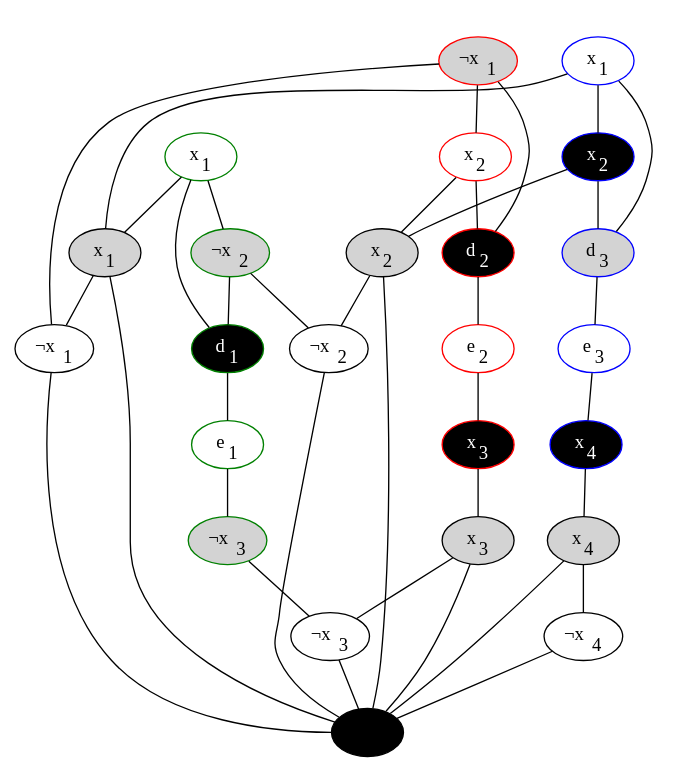
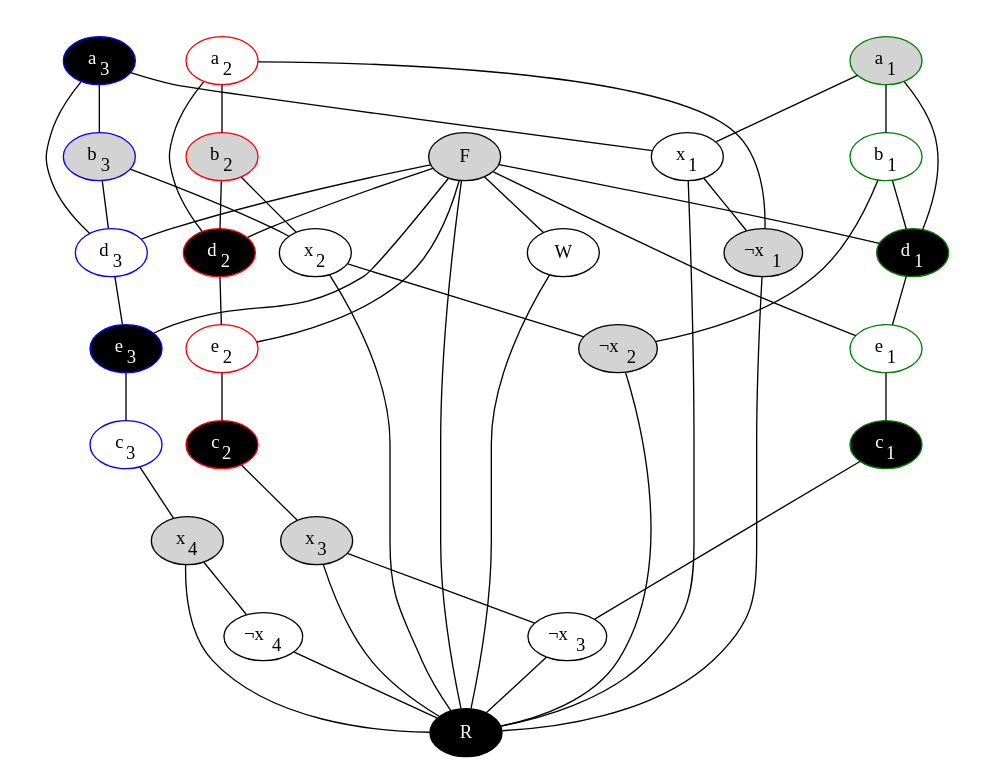
The diagram in img/3Sat_3Col_example.dot (Obererpel/Zusammenfassung-Kryptographie), drawn with Graphviz before and after one commit. The commit also changed 21 other files, not shown here.

Commit message:
graphen (hoffentlich) gefixt

```diff
--- a/img/3Sat_3Col_example.dot
+++ b/img/3Sat_3Col_example.dot
@@ -1,90 +1,102 @@
 graph G {
-	x1 [label=<x<SUB>1</SUB>>, fillcolor=lightgrey, style=filled]
-	nx1 [label=<&not;x<SUB>1</SUB>>]
+	x1 [label=<x<SUB>1</SUB>>]
+	nx1 [label=<&not;x<SUB>1</SUB>>, fillcolor=lightgrey, style=filled]
 	
-	x2 [label=<x<SUB>2</SUB>>, fillcolor=lightgrey, style=filled]
-	nx2 [label=<&not;x<SUB>2</SUB>>]
+	x2 [label=<x<SUB>2</SUB>>]
+	nx2 [label=<&not;x<SUB>2</SUB>>, fillcolor=lightgrey, style=filled]
 	
 	x3 [label=<x<SUB>3</SUB>>, fillcolor=lightgrey, style=filled]
 	nx3 [label=<&not;x<SUB>3</SUB>>]
 	
 	x4 [label=<x<SUB>4</SUB>>, fillcolor=lightgrey, style=filled]
 	nx4 [label=<&not;x<SUB>4</SUB>>]
 	
-	R [label=" ", fillcolor=black, style=filled]
+	R [label="R", fillcolor=black, style=filled, fontcolor=white]
+	F [label="F", fillcolor=lightgrey, style=filled]
+	W [label="W"]
 	
 	x1 -- nx1
 	x1 -- R
 	nx1 -- R
 	
 	x2 -- nx2
 	x2 -- R
 	nx2 -- R
 	
 	x3 -- nx3
 	x3 -- R
 	nx3 -- R
 	
 	x4 -- nx4
 	x4 -- R
 	nx4 -- R
+
+	F -- W
+	F -- R
+	W -- R
 	
 	
 	// KLAUSEL 1
 	node [color=green]
-	l11 [label=<x<SUB>1</SUB>>]
-	l12 [label=<&not;x<SUB>2</SUB>>, fillcolor=lightgrey, style=filled]
-	l13 [label=<&not;x<SUB>3</SUB>>, fillcolor=lightgrey, style=filled]
+	a1 [label=<a<SUB>1</SUB>>, fillcolor=lightgrey, style=filled]
+	b1 [label=<b<SUB>1</SUB>>]//, fillcolor=lightgrey, style=filled, fontcolor=white]
+	c1 [label=<c<SUB>1</SUB>>, fillcolor=black, fontcolor=white, style=filled]
 	d1 [label=<d<SUB>1</SUB>>, fillcolor=black, fontcolor=white, style=filled]
-	e1 [label=<e<SUB>1</SUB>>]
+	e1 [label=<e<SUB>1</SUB>>]//, fillcolor=black, fontcolor=white, style=filled]
 	
 	subgraph cluster_k_1 {
 		color=white
-		l11 -- l12 -- d1 -- l11
-		d1 -- e1 -- l13;
+		a1 -- b1 -- d1 -- a1
+		d1 -- e1 -- c1;
 		// label = <K<SUB>1</SUB>>;
 	}
 	
-	l11 -- x1
-	l12 -- nx2
-	l13 -- nx3
+	a1 -- x1
+	b1 -- nx2
+	c1 -- nx3
+	F -- d1
+	F -- e1
 	
 	
 	// KLAUSEL 2
 	node [color=red]
-	l21 [label=<&not;x<SUB>1</SUB>>, fillcolor=lightgrey, style=filled]
-	l22 [label=<x<SUB>2</SUB>>]
-	l23 [label=<x<SUB>3</SUB>>, fillcolor=black, fontcolor=white, style=filled]
+	a2 [label=<a<SUB>2</SUB>>]//, fillcolor=lightgrey, style=filled]
+	b2 [label=<b<SUB>2</SUB>>, fillcolor=lightgrey, style=filled]
+	c2 [label=<c<SUB>2</SUB>>, fillcolor=black, fontcolor=white, style=filled]
 	d2 [label=<d<SUB>2</SUB>>, fillcolor=black, fontcolor=white, style=filled]
-	e2 [label=<e<SUB>2</SUB>>]
+	e2 [label=<e<SUB>2</SUB>>]//, fillcolor=lightgrey, style=filled]
 	
 	subgraph cluster_k_2 {
 		color=white
-		l21 -- l22 -- d2 -- l21
-		d2 -- e2 -- l23;
+		a2 -- b2 -- d2 -- a2
+		d2 -- e2 -- c2;
 		// label = <K<SUB>2</SUB>>;
 	}
 	
-	l21 -- nx1
-	l22 -- x2
-	l23 -- x3
+	a2 -- nx1
+	b2 -- x2
+	c2 -- x3
+	F -- d2 
+	F -- e2
 	
 	// KLAUSEL 3
 	node [color=blue]
-	l31 [label=<x<SUB>1</SUB>>]
-	l32 [label=<x<SUB>2</SUB>>, fillcolor=black, fontcolor=white, style=filled]
-	l33 [label=<x<SUB>4</SUB>>, fillcolor=black, fontcolor=white, style=filled]
-	d3 [label=<d<SUB>3</SUB>>, fillcolor=lightgrey, style=filled]
-	e3 [label=<e<SUB>3</SUB>>]
+	a3 [label=<a<SUB>3</SUB>>, fillcolor=black, fontcolor=white, style=filled]
+	b3 [label=<b<SUB>3</SUB>>, fillcolor=lightgrey, style=filled]
+	c3 [label=<c<SUB>3</SUB>>]//, fillcolor=black, fontcolor=white, style=filled]
+	d3 [label=<d<SUB>3</SUB>>]//, fillcolor=black style=filled, fontcolor=white]
+	e3 [label=<e<SUB>3</SUB>>, fillcolor=black, fontcolor=white, style=filled]
 	
 	subgraph cluster_k_2 {
 		color=white
-		l31 -- l32 -- d3 -- l31
-		d3 -- e3 -- l33;
+		a3 -- b3 -- d3 -- a3
+		d3 -- e3 -- c3;
 		// label = <K<SUB>2</SUB>>;
 	}
 	
-	l31 -- x1
-	l32 -- x2
-	l33 -- x4
+	a3 -- x1
+	b3 -- x2
+	c3 -- x4
+	F -- d3 
+	F -- e3
 }
```
